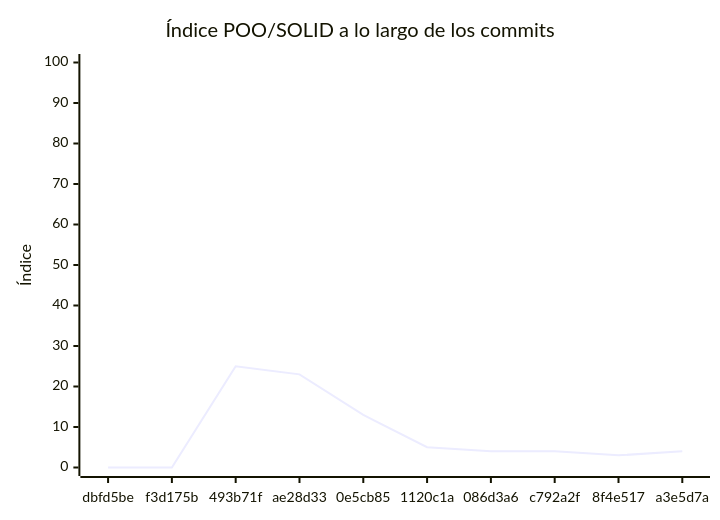
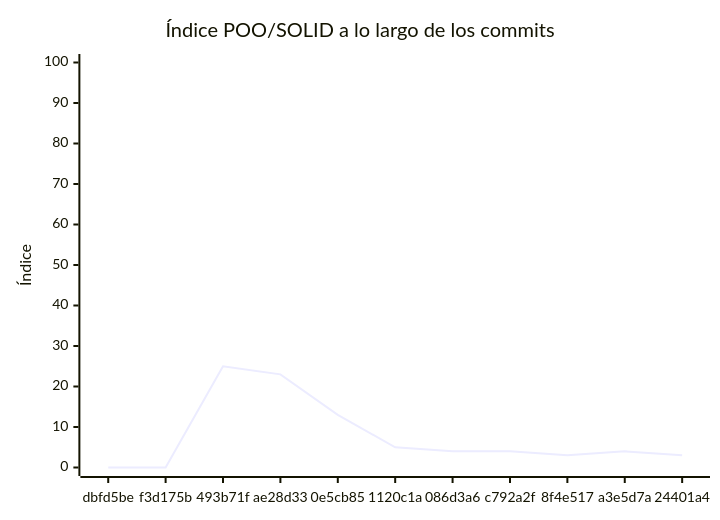
The diagram in docs/EVALUACION.md (nacho-baldasso-organizacion/Proyecto-Submarino-Prime), drawn with Mermaid before and after one commit. The commit also changed other lines of this file and 1 other file, not shown here.

````diff
--- a/docs/EVALUACION.md
+++ b/docs/EVALUACION.md
@@ -322,7 +338,7 @@
 ```mermaid
 xychart-beta
     title "Índice POO/SOLID a lo largo de los commits"
-    x-axis ["dbfd5be", "f3d175b", "493b71f", "ae28d33", "0e5cb85", "1120c1a", "086d3a6", "c792a2f", "8f4e517", "a3e5d7a"]
+    x-axis ["dbfd5be", "f3d175b", "493b71f", "ae28d33", "0e5cb85", "1120c1a", "086d3a6", "c792a2f", "8f4e517", "a3e5d7a", "24401a4"]
     y-axis "Índice" 0 --> 100
-    line [0, 0, 25, 23, 13, 5, 4, 4, 3, 4]
+    line [0, 0, 25, 23, 13, 5, 4, 4, 3, 4, 3]
 ```
````
